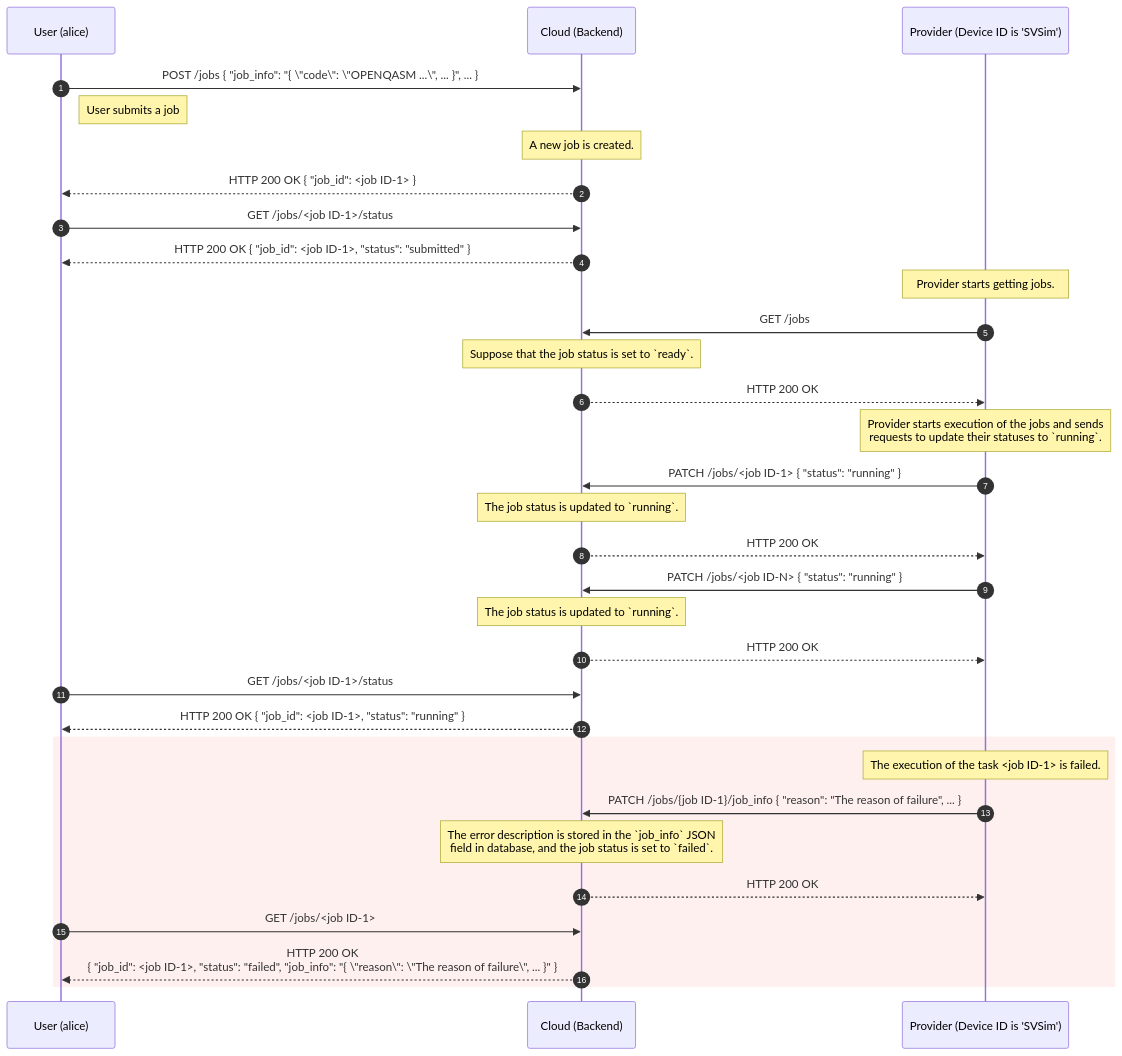
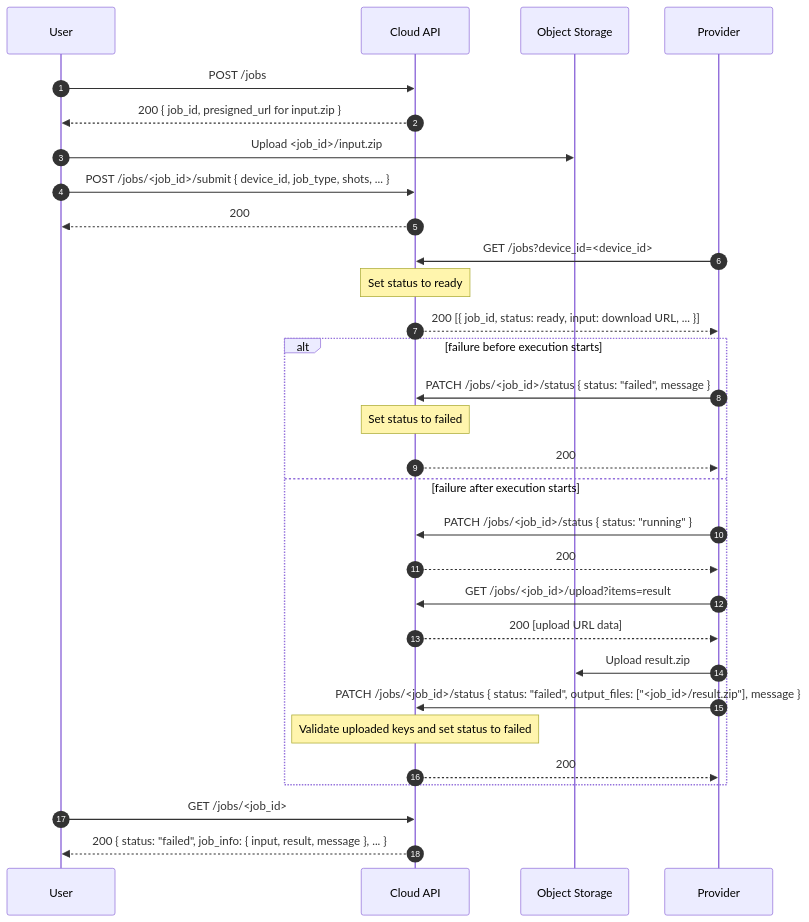
Before and after one commit to oqtopus-team/oqtopus-cloud: the second of 3 diagrams in docs/en/architecture/sequence_diagram.md, drawn with Mermaid. The commit also changed other lines of this file and 6 other files, not shown here.

Commit message:
docs: clarify S3-based job storage flow and artifact format (#466)

````diff
--- a/docs/en/architecture/sequence_diagram.md
+++ b/docs/en/architecture/sequence_diagram.md
@@ -86,43 +62,36 @@
 ```mermaid
 sequenceDiagram
     autonumber
-    participant User as User (alice)
-    participant Cloud as Cloud (Backend)
-    participant Provider as Provider (Device ID is 'SVSim')
+    participant User as User
+    participant Cloud as Cloud API
+    participant Storage as Object Storage
+    participant Provider as Provider
 
-    User->>Cloud: POST /jobs { "job_info": "{ \"code\": \"OPENQASM ...\", ... }", ... }
+    User->>Cloud: POST /jobs
+    Cloud-->>User: 200 { job_id, presigned_url for input.zip }
+    User->>Storage: Upload <job_id>/input.zip
+    User->>Cloud: POST /jobs/<job_id>/submit { device_id, job_type, shots, ... }
+    Cloud-->>User: 200
 
-    Note right of User: User submits a job
-    Note over Cloud: A new job is created.
-    Cloud-->>User: HTTP 200 OK { "job_id": <job ID-1> }
+    Provider->>Cloud: GET /jobs?device_id=<device_id>
+    Note over Cloud: Set status to ready
+    Cloud-->>Provider: 200 [{ job_id, status: ready, input: download URL, ... }]
 
-    User->>Cloud: GET /jobs/<job ID-1>/status
-    Cloud-->>User: HTTP 200 OK { "job_id": <job ID-1>, "status": "submitted" }
+    alt failure before execution starts
+        Provider->>Cloud: PATCH /jobs/<job_id>/status { status: "failed", message }
+        Note over Cloud: Set status to failed
+        Cloud-->>Provider: 200
+    else failure after execution starts
+        Provider->>Cloud: PATCH /jobs/<job_id>/status { status: "running" }
+        Cloud-->>Provider: 200
+        Provider->>Cloud: GET /jobs/<job_id>/upload?items=result
+        Cloud-->>Provider: 200 [upload URL data]
+        Provider->>Storage: Upload result.zip
+        Provider->>Cloud: PATCH /jobs/<job_id>/status { status: "failed", output_files: ["<job_id>/result.zip"], message }
+        Note over Cloud: Validate uploaded keys and set status to failed
+        Cloud-->>Provider: 200
+    end
 
-    Note over Provider: Provider starts getting jobs.
-    Provider->>Cloud: GET /jobs
-    Note over Cloud: Suppose that the job status is set to `ready`.
-    Cloud-->>Provider: HTTP 200 OK
-
-    Note over Provider: Provider starts execution of the jobs and sends <br/>  requests to update their statuses to `running`.
-    Provider->>Cloud: PATCH /jobs/<job ID-1> { "status": "running" }
-    Note over Cloud: The job status is updated to `running`.
-    Cloud-->>Provider: HTTP 200 OK
-
-    Provider->>Cloud: PATCH /jobs/<job ID-N> { "status": "running" }
-    Note over Cloud: The job status is updated to `running`.
-    Cloud-->>Provider: HTTP 200 OK
-
-    User->>Cloud: GET /jobs/<job ID-1>/status
-    Cloud-->>User: HTTP 200 OK { "job_id": <job ID-1>, "status": "running" }
-
-    rect rgb(255, 240, 240)
-        Note over Provider: The execution of the task <job ID-1> is failed.
-        Provider->>Cloud: PATCH /jobs/{job ID-1}/job_info { "reason": "The reason of failure", ... }
-        Note over Cloud: The error description is stored in the `job_info` JSON <br />field in database, and the job status is set to `failed`.
-        Cloud-->>Provider: HTTP 200 OK
-  
-        User->>Cloud: GET /jobs/<job ID-1>
-        Cloud-->>User: HTTP 200 OK <br />{ "job_id": <job ID-1>, "status": "failed", "job_info": "{ \"reason\": \"The reason of failure\", ... }" }
-    end
+    User->>Cloud: GET /jobs/<job_id>
+    Cloud-->>User: 200 { status: "failed", job_info: { input, result, message }, ... }
 ```
````
